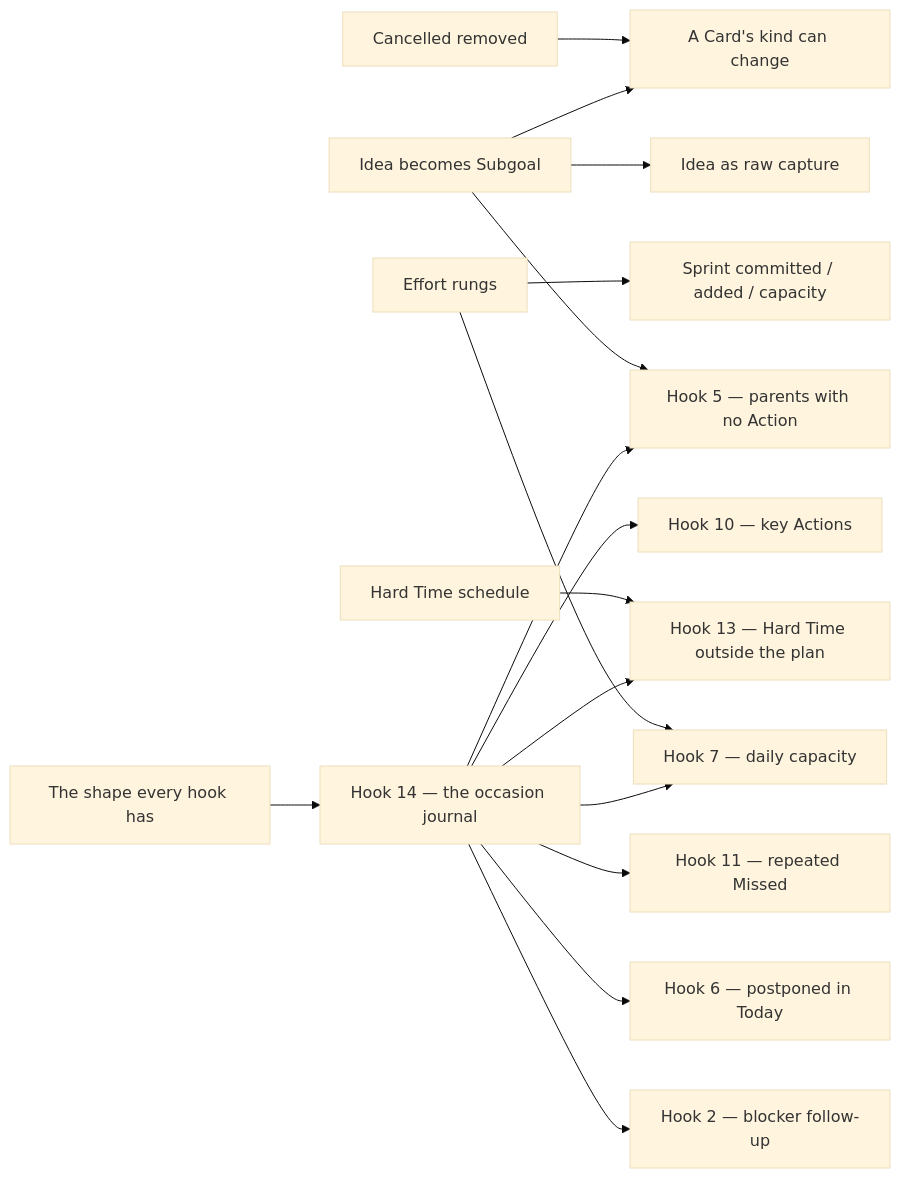
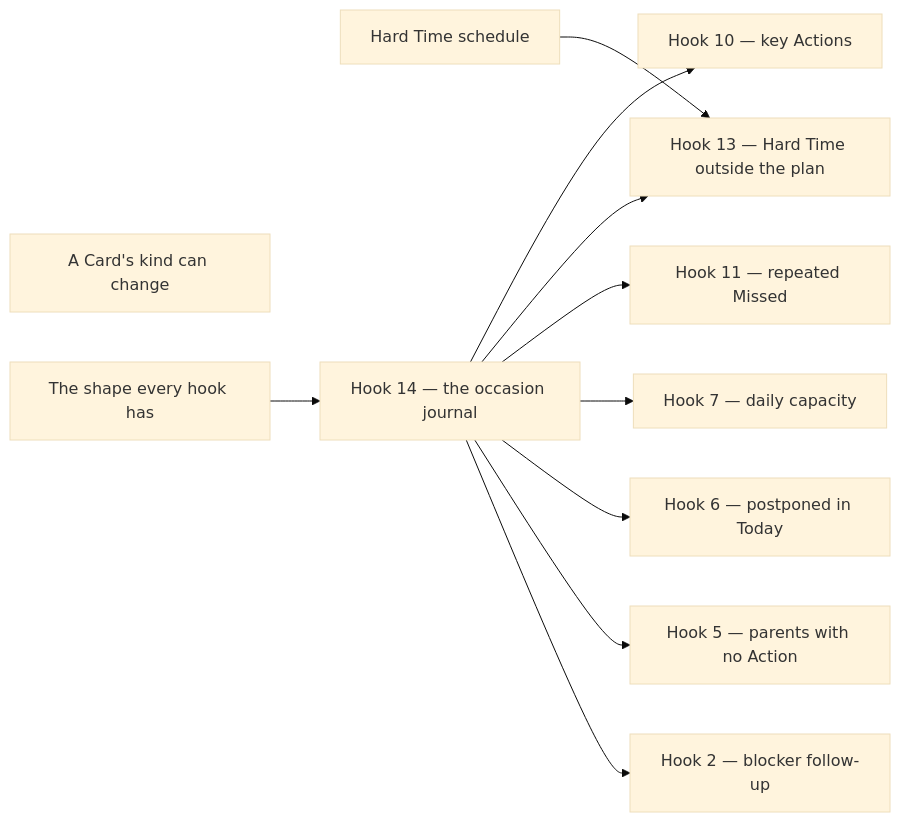
The diagram in docs/PLAN_FEATURES.md (myvaheed/tg-ai-safwa), drawn with Mermaid (base theme) before and after one commit. The commit also changed other lines of this file and 56 other files, not shown here.

First line of the commit message:
v9.47 Wave 1: the schema and vocabulary window, spent once

````diff
--- a/docs/PLAN_FEATURES.md
+++ b/docs/PLAN_FEATURES.md
@@ -132,19 +130,16 @@
 ```mermaid
 flowchart LR
-  cancelled["Cancelled removed"] --> kind["A Card's kind can change"]
-  rename["Idea becomes Subgoal"] --> kind
-  rename --> capture["Idea as raw capture"]
-  rename --> h5["Hook 5 — parents with no Action"]
-  effort["Effort rungs"] --> h7["Hook 7 — daily capacity"]
-  effort --> sprintfig["Sprint committed / added / capacity"]
+  kind["A Card's kind can change"]
+  h5["Hook 5 — parents with no Action"]
+  h7["Hook 7 — daily capacity"]
   hardtime["Hard Time schedule"] --> h13["Hook 13 — Hard Time outside the plan"]
   h10["Hook 10 — key Actions"]
   shape["The shape every hook has"] --> journal
   journal["Hook 14 — the occasion journal"] --> h2["Hook 2 — blocker follow-up"]
   journal --> h5
   journal --> h6["Hook 6 — postponed in Today"]
   journal --> h7
   journal --> h11["Hook 11 — repeated Missed"]
   journal --> h13
   journal --> h10
 ```
````
